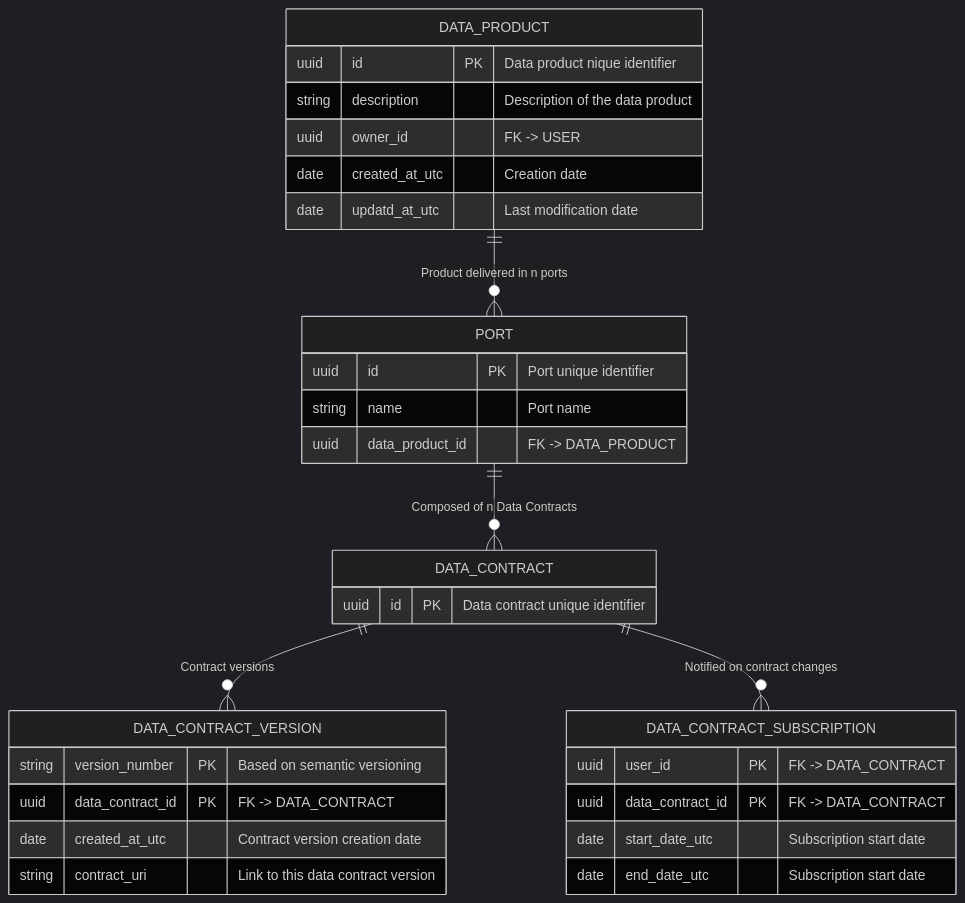
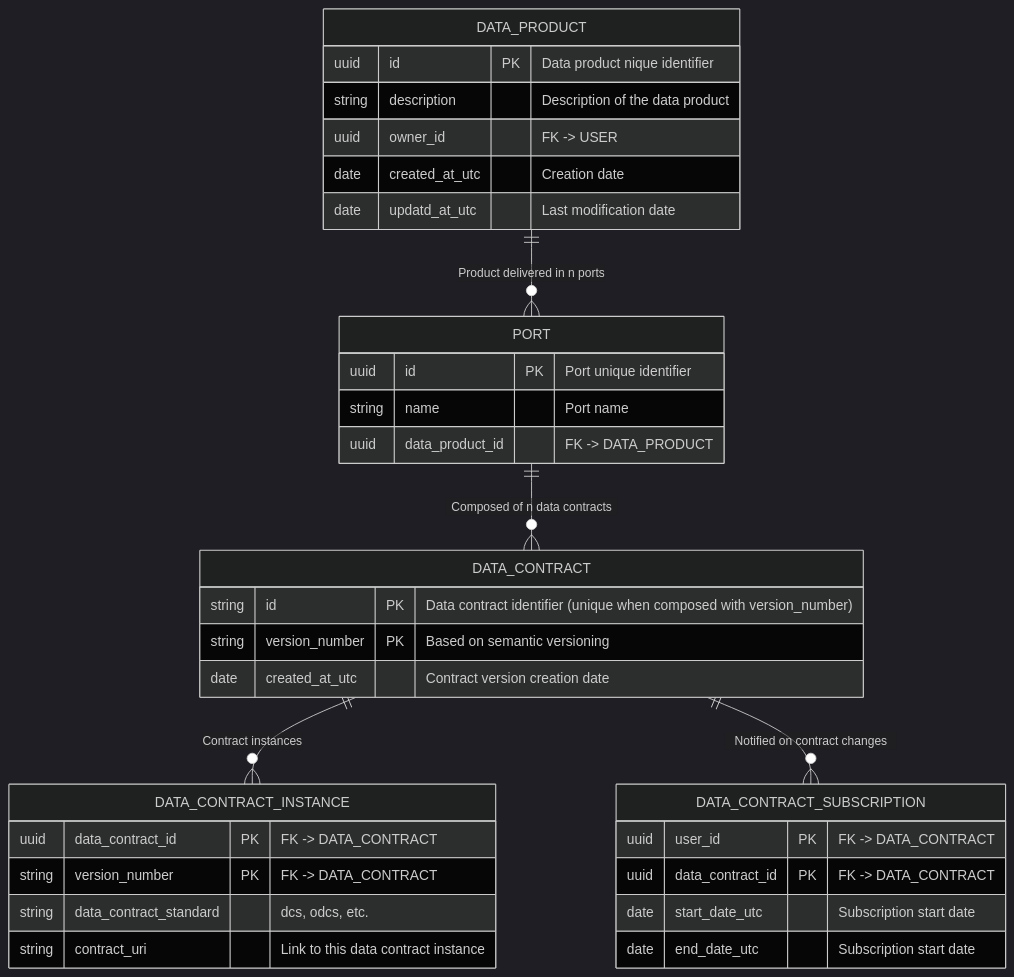
One commit to monmaya/base-impl changed the diagram in docs/relational_model.md. Above: the diagram before and after it, drawn with Mermaid (dark theme).

````diff
--- a/docs/relational_model.md
+++ b/docs/relational_model.md
@@ -5,44 +5,46 @@
 ```mermaid
 
 erDiagram
 
     DATA_PRODUCT {
         uuid id PK "Data product nique identifier"
         string description "Description of the data product"
         uuid owner_id "FK -> USER"
         date created_at_utc "Creation date"
         date updatd_at_utc "Last modification date"
     }
 
     PORT {
         uuid id PK "Port unique identifier"
         string name "Port name"
         uuid data_product_id "FK -> DATA_PRODUCT"
     }
 
     DATA_CONTRACT {
-        uuid id PK "Data contract unique identifier"
+        string id PK "Data contract identifier (unique when composed with version_number)"
+        string version_number PK "Based on semantic versioning"
+        date created_at_utc "Contract version creation date"
     }
 
-    DATA_CONTRACT_VERSION {
-        string version_number PK "Based on semantic versioning"
+    DATA_CONTRACT_INSTANCE {
         uuid data_contract_id PK "FK -> DATA_CONTRACT"
-        date created_at_utc "Contract version creation date"
-        string contract_uri "Link to this data contract version"
+        string version_number PK "FK -> DATA_CONTRACT"
+        string data_contract_standard "dcs, odcs, etc."
+        string contract_uri "Link to this data contract instance"
     }
-
     
     DATA_CONTRACT_SUBSCRIPTION {
         uuid user_id PK "FK -> DATA_CONTRACT"
         uuid data_contract_id PK "FK -> DATA_CONTRACT"
         date start_date_utc "Subscription start date"
         date end_date_utc "Subscription start date"
     }
 
+
     DATA_PRODUCT ||--o{ PORT : "Product delivered in n ports"
-    PORT ||--o{ DATA_CONTRACT : "Composed of n Data Contracts"
-    DATA_CONTRACT ||--o{ DATA_CONTRACT_VERSION : "Contract versions"
+    PORT ||--o{ DATA_CONTRACT : "Composed of n data contracts"
+    DATA_CONTRACT ||--o{ DATA_CONTRACT_INSTANCE : "Contract instances"
     DATA_CONTRACT ||--o{ DATA_CONTRACT_SUBSCRIPTION : "Notified on contract changes"
 
 
   ```
````
